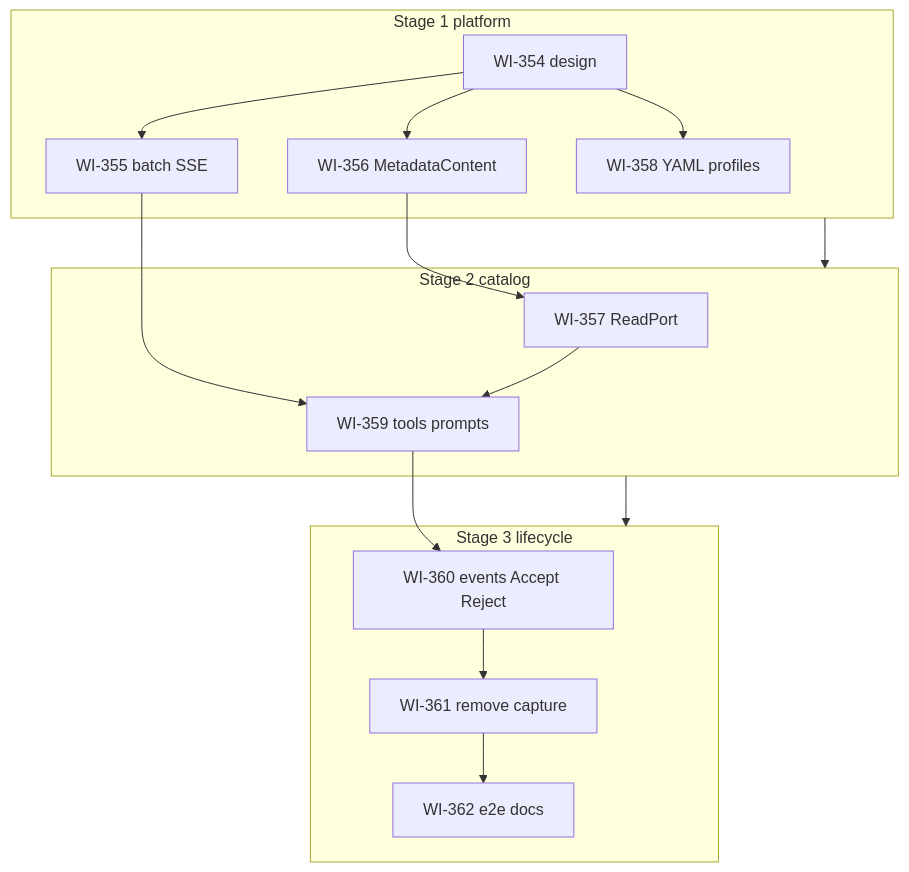
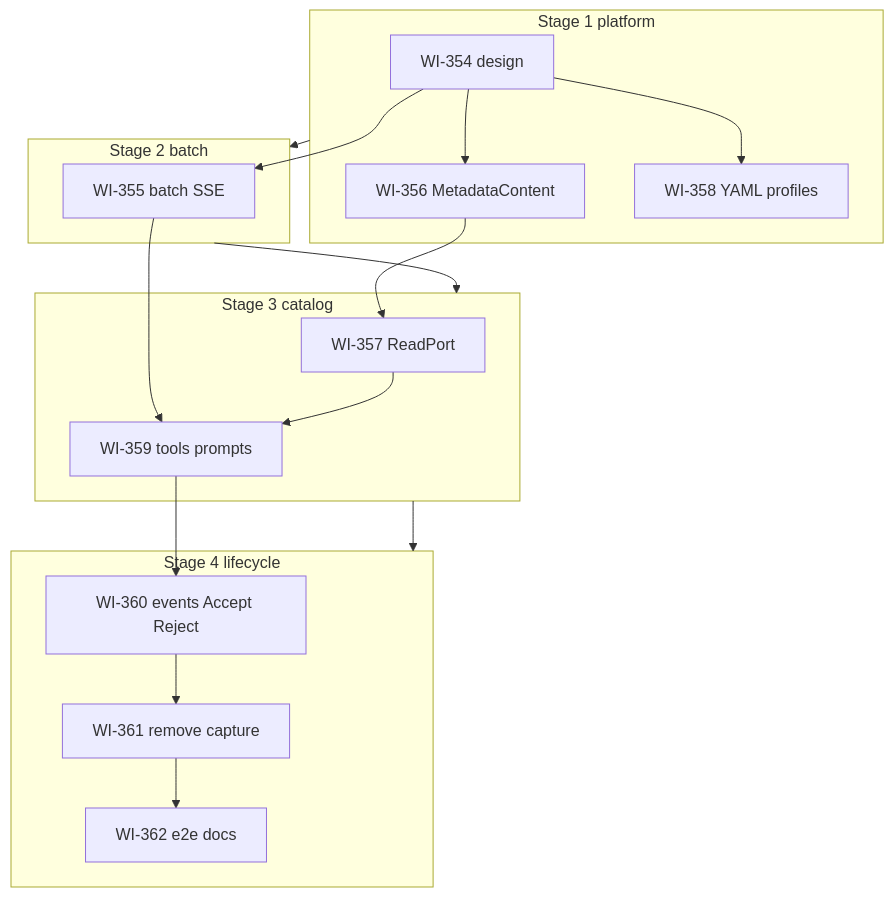
The first of 2 diagrams in docs/workitems/planned/metadata-authoring-profiles/PLAN.md (qpointz/qpointz), drawn with Mermaid before and after one commit. The commit also changed other lines of this file and 6 other files, not shown here.

````diff
--- a/docs/workitems/planned/metadata-authoring-profiles/PLAN.md
+++ b/docs/workitems/planned/metadata-authoring-profiles/PLAN.md
@@ -27,28 +28,30 @@
 ```mermaid
 flowchart TB
   subgraph s1 [Stage 1 platform]
     WI354[WI-354 design]
-    WI355[WI-355 batch SSE]
     WI356[WI-356 MetadataContent]
     WI358[WI-358 YAML profiles]
-    WI354 --> WI355
     WI354 --> WI356
     WI354 --> WI358
   end
-  subgraph s2 [Stage 2 catalog]
+  subgraph s2 [Stage 2 batch]
+    WI355[WI-355 batch SSE]
+    WI354 --> WI355
+  end
+  subgraph s3 [Stage 3 catalog]
     WI357[WI-357 ReadPort]
     WI359[WI-359 tools prompts]
     WI356 --> WI357
     WI355 --> WI359
     WI357 --> WI359
   end
-  subgraph s3 [Stage 3 lifecycle]
+  subgraph s4 [Stage 4 lifecycle]
     WI360[WI-360 events Accept Reject]
     WI361[WI-361 remove capture]
     WI362[WI-362 e2e docs]
     WI359 --> WI360
     WI360 --> WI361
     WI361 --> WI362
   end
-  s1 --> s2 --> s3
+  s1 --> s2 --> s3 --> s4
 ```
````
